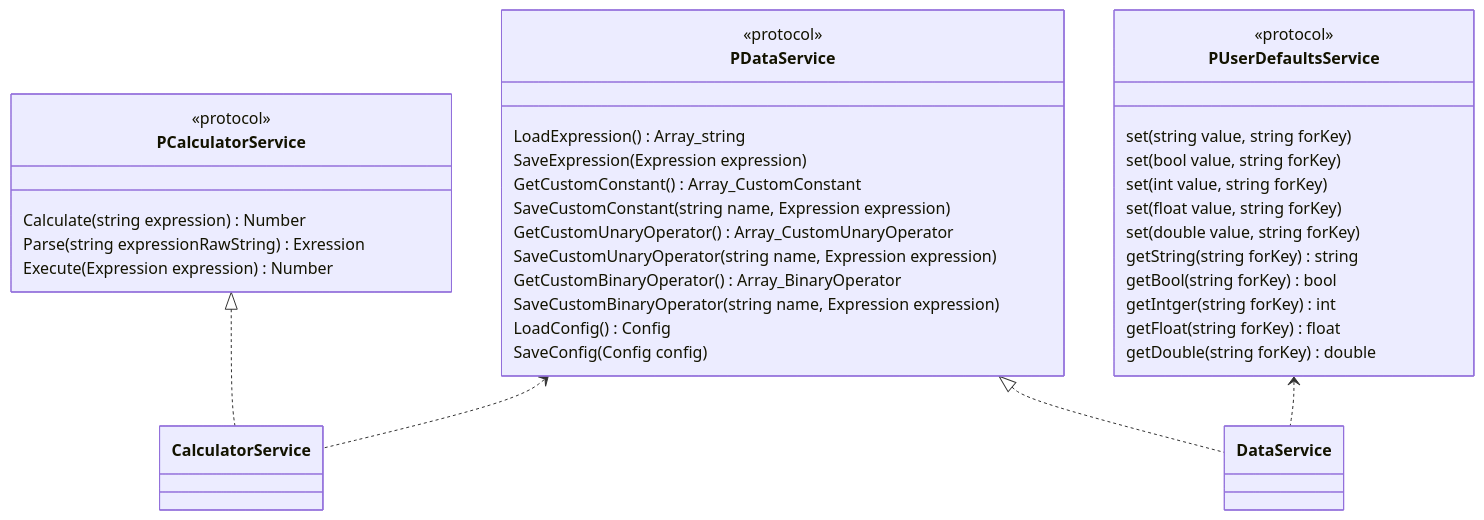
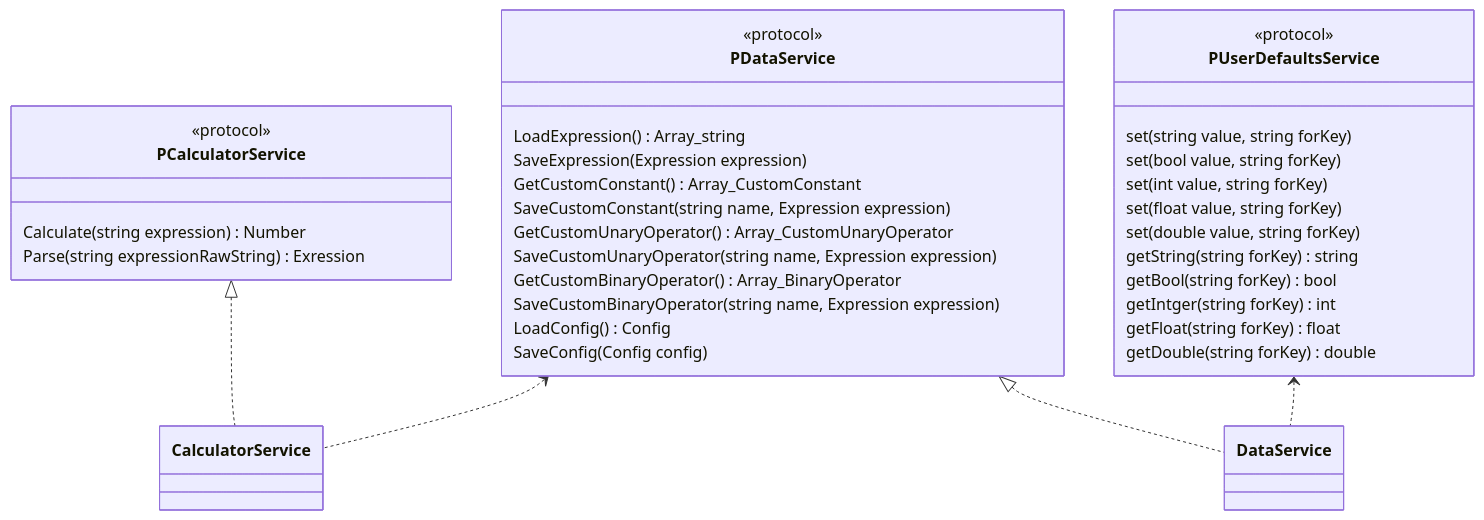
Before and after one commit to kc3hack/2023_C: the first of 2 diagrams in graph/class.md, drawn with Mermaid. The commit also changed other lines of this file, not shown here.

````diff
--- a/graph/class.md
+++ b/graph/class.md
@@ -3,42 +3,41 @@
 ```mermaid
 classDiagram
 
 PCalculatorService <|.. CalculatorService
 PDataService <.. CalculatorService
 PDataService <|.. DataService
 PUserDefaultsService <.. DataService
 
 class PCalculatorService {
     <<protocol>>
     Calculate(string expression) Number
     Parse(string expressionRawString) Exression
-    Execute(Expression expression) Number
 }
 class PDataService {
     <<protocol>>
     LoadExpression() Array_string
     SaveExpression(Expression expression)
     GetCustomConstant() Array_CustomConstant
     SaveCustomConstant(string name, Expression expression)
     GetCustomUnaryOperator() Array_CustomUnaryOperator
     SaveCustomUnaryOperator(string name, Expression expression)
     GetCustomBinaryOperator() Array_BinaryOperator
     SaveCustomBinaryOperator(string name, Expression expression)
 
     LoadConfig() Config
     SaveConfig(Config config)
 }
 class PUserDefaultsService {
     <<protocol>>
     set(string value, string forKey)
     set(bool value, string forKey)
     set(int value, string forKey)
     set(float value, string forKey)
     set(double value, string forKey)
     getString(string forKey) string
     getBool(string forKey) bool
     getIntger(string forKey) int
     getFloat(string forKey) float
     getDouble(string forKey) double
 }
 ```
````
